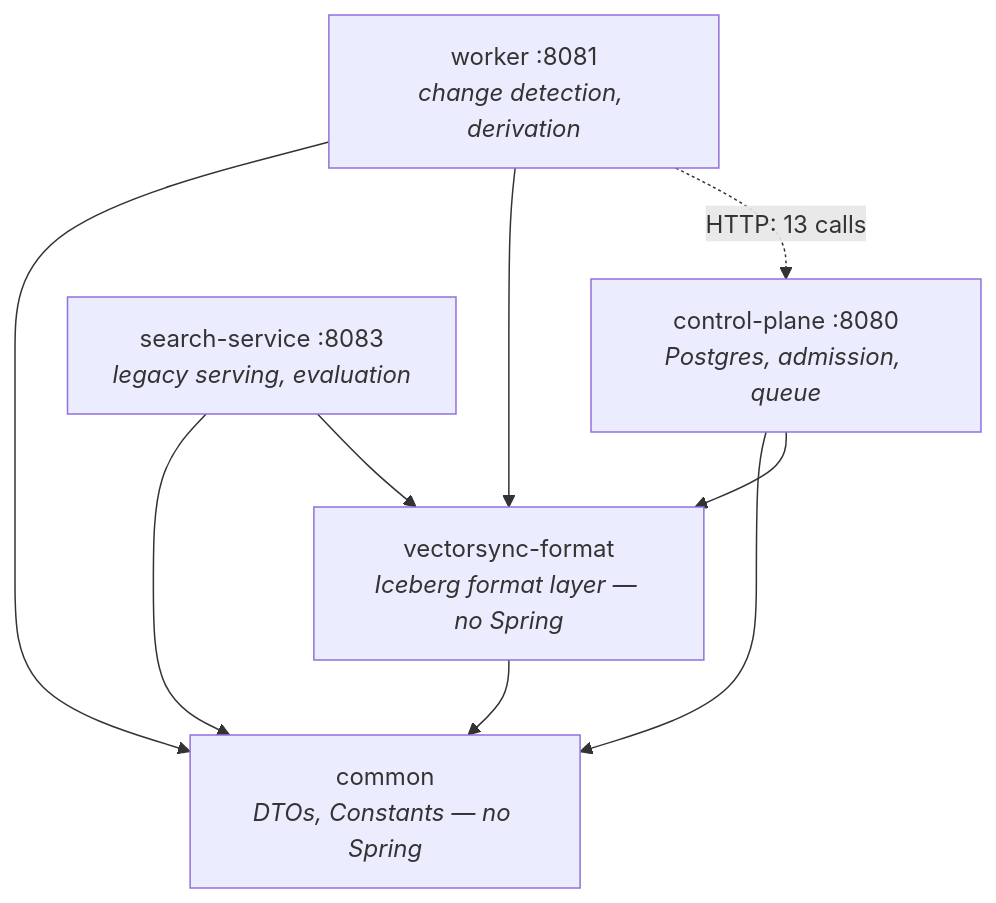
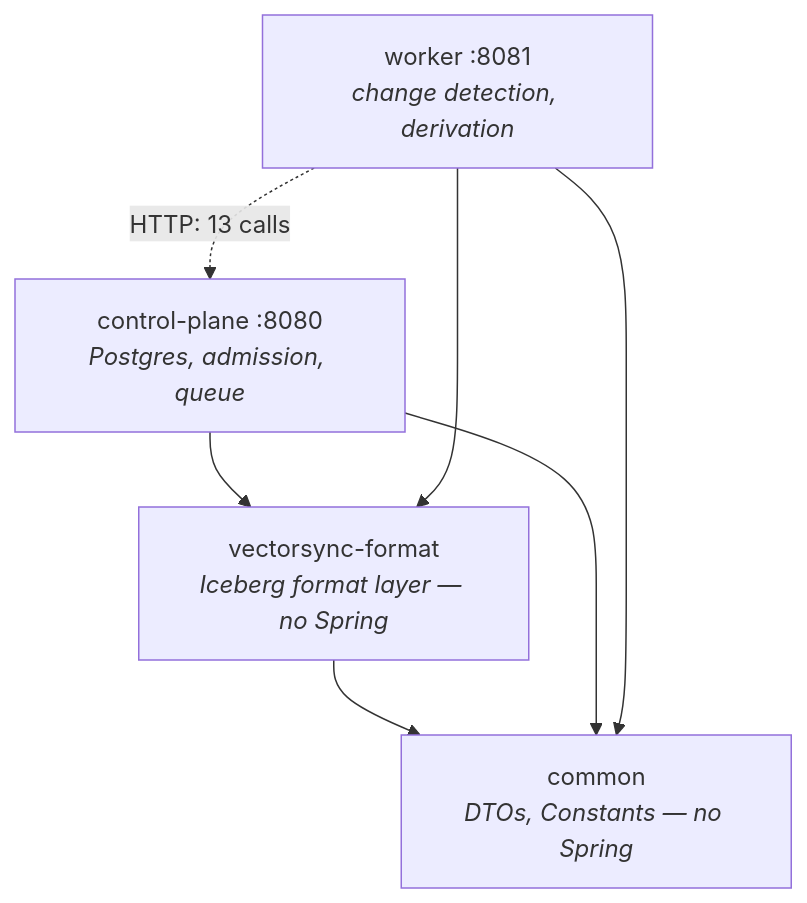
The first of 3 diagrams in docs/REPO-GRAPH.md (Nandakumar-Balagopal/VectorSync), drawn with Mermaid before and after one commit. The commit also changed other lines of this file and 71 other files, not shown here.

````diff
--- a/docs/REPO-GRAPH.md
+++ b/docs/REPO-GRAPH.md
@@ -17,18 +11,15 @@
 ```mermaid
 graph TD
     common["common<br/><i>DTOs, Constants — no Spring</i>"]
     format["vectorsync-format<br/><i>Iceberg format layer — no Spring</i>"]
     cp["control-plane :8080<br/><i>Postgres, admission, queue</i>"]
     worker["worker :8081<br/><i>change detection, derivation</i>"]
-    search["search-service :8083<br/><i>legacy serving, evaluation</i>"]
 
     format --> common
     cp --> common
     cp --> format
     worker --> common
     worker --> format
-    search --> common
-    search --> format
 
     worker -.->|"HTTP: 13 calls"| cp
 ```
````
